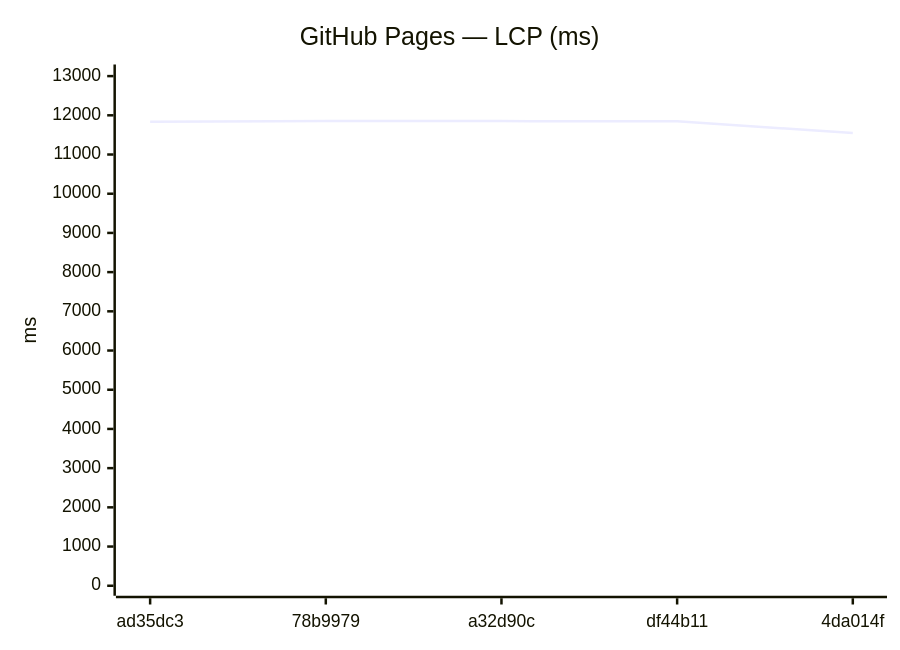
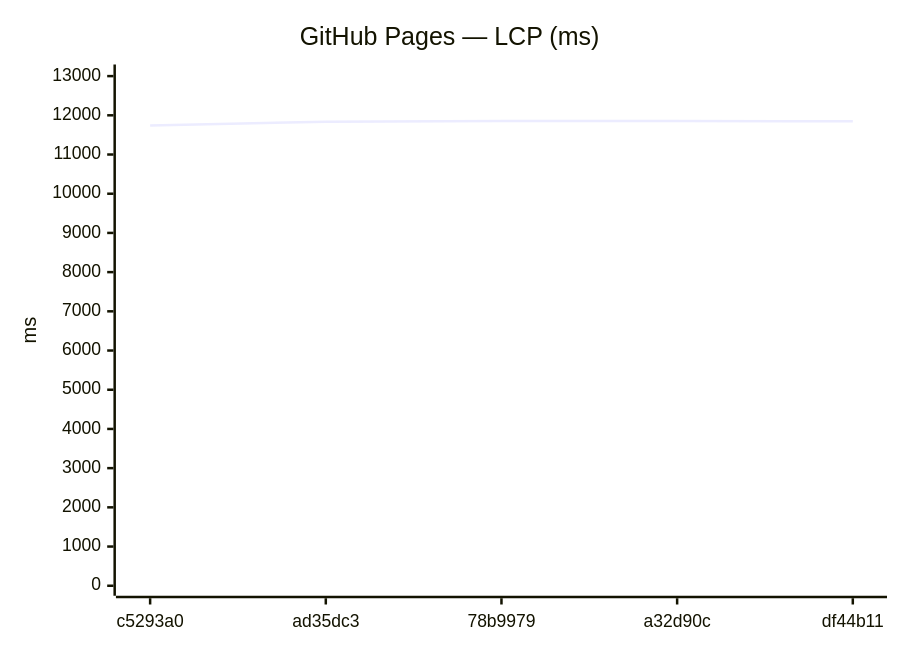
Diagram 11 of 24 in benchmarks/compare.md (Metaheurist/Rianell), drawn with Mermaid before and after one commit. The commit also changed other lines of this file and 14 other files, not shown here.

````diff
--- a/benchmarks/compare.md
+++ b/benchmarks/compare.md
@@ -169,7 +169,7 @@
 ```mermaid
 xychart-beta
     title "GitHub Pages — LCP (ms)"
-    x-axis ["ad35dc3", "78b9979", "a32d90c", "df44b11", "4da014f"]
+    x-axis ["c5293a0", "ad35dc3", "78b9979", "a32d90c", "df44b11"]
     y-axis "ms" 0 --> 13041
-    line [11838, 11855, 11852, 11847, 11548]
+    line [11742, 11838, 11855, 11852, 11847]
 ```
````
